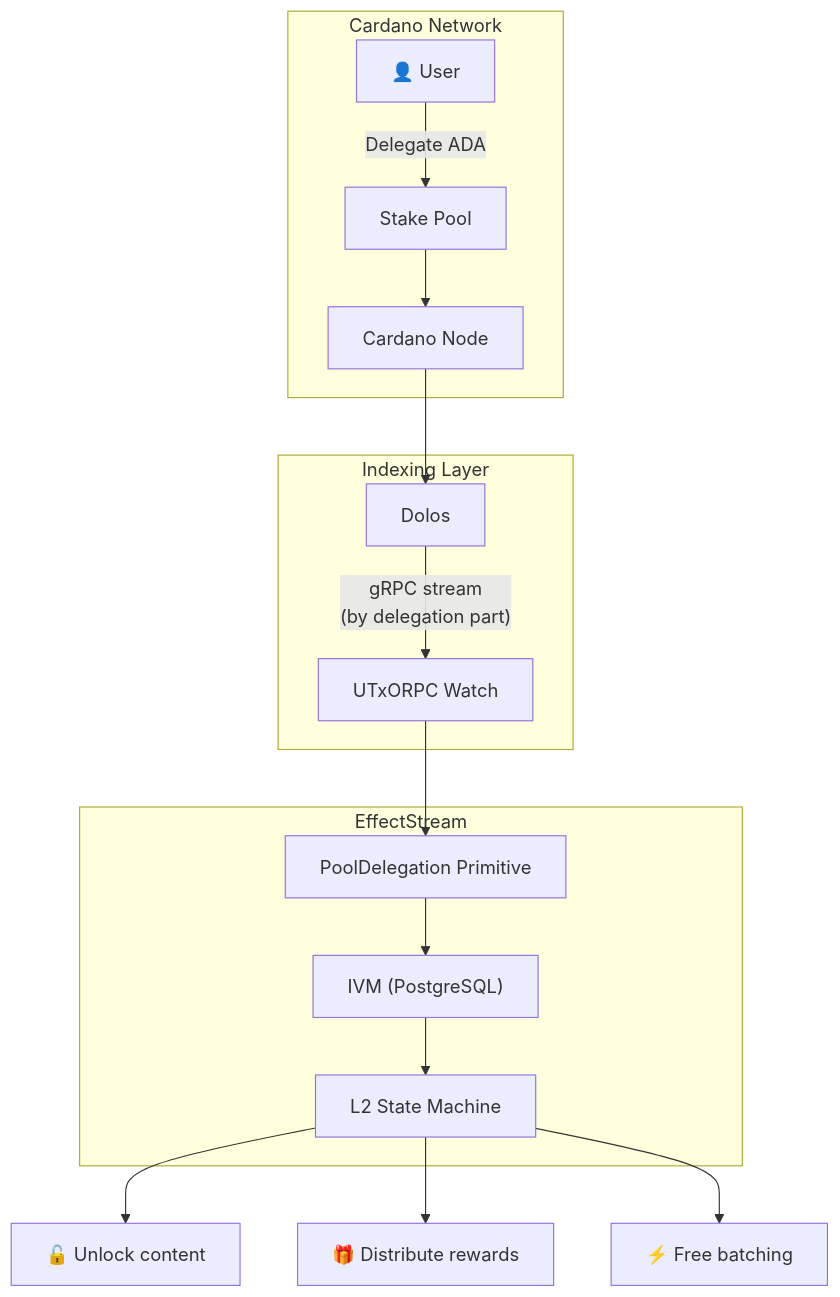
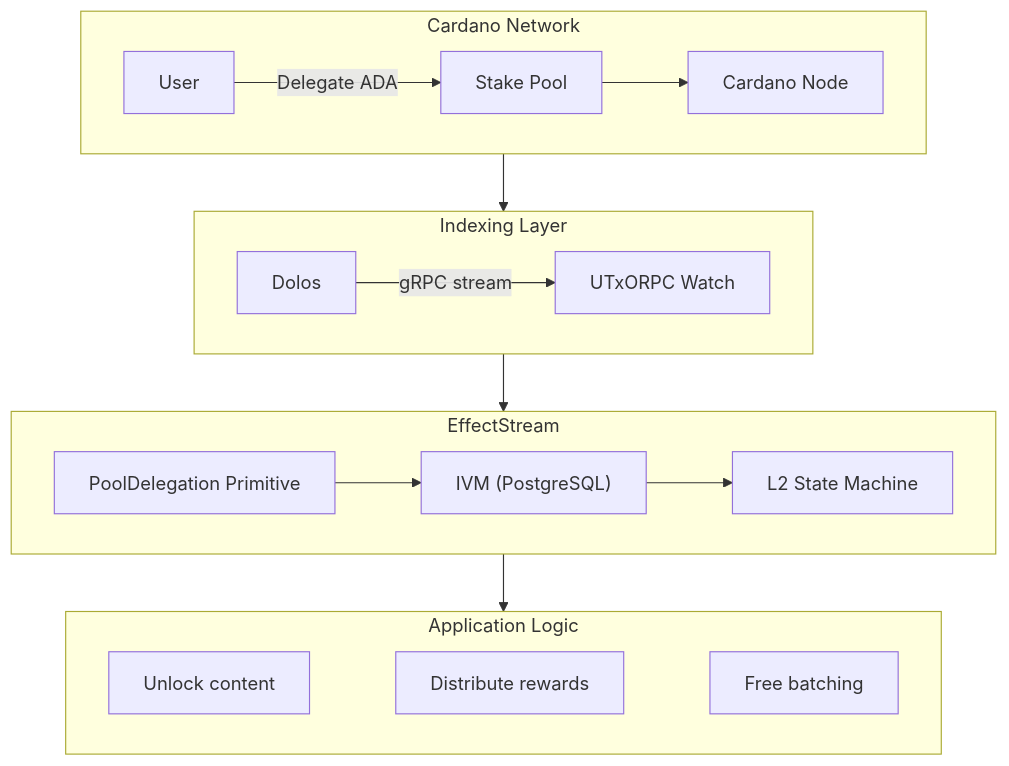
Before and after one commit to effectstream/effectstream: the diagram in docs/site/blog/2026-04-28-stakepool-delegation.md, drawn with Mermaid. The commit also changed other lines of this file and 14 other files, not shown here.

````diff
--- a/docs/site/blog/2026-04-28-stakepool-delegation.md
+++ b/docs/site/blog/2026-04-28-stakepool-delegation.md
@@ -12,22 +12,24 @@
 ```mermaid
 flowchart TB
-    subgraph "Cardano Network"
-        U["👤 User"] -->|"Delegate ADA"| SP["Stake Pool"]
-        SP --> CN[Cardano Node]
+    subgraph Cardano["Cardano Network"]
+        direction LR
+        U["User"] -->|"Delegate ADA"| SP["Stake Pool"] --> CN["Cardano Node"]
     end
 
-    subgraph "Indexing Layer"
-        CN --> Dolos
-        Dolos -->|"gRPC stream\n(by delegation part)"| W[UTxORPC Watch]
+    subgraph Indexing["Indexing Layer"]
+        direction LR
+        Dolos -->|"gRPC stream"| W["UTxORPC Watch"]
     end
 
-    subgraph "EffectStream"
-        W --> PD["PoolDelegation Primitive"]
-        PD --> IVM["IVM (PostgreSQL)"]
-        IVM --> SM["L2 State Machine"]
+    subgraph ES["EffectStream"]
+        direction LR
+        PD["PoolDelegation Primitive"] --> IVM["IVM (PostgreSQL)"] --> SM["L2 State Machine"]
     end
 
-    SM --> R1["🔓 Unlock content"]
-    SM --> R2["🎁 Distribute rewards"]
-    SM --> R3["⚡ Free batching"]
+    subgraph App["Application Logic"]
+        direction LR
+        R1["Unlock content"] ~~~ R2["Distribute rewards"] ~~~ R3["Free batching"]
+    end
+
+    Cardano --> Indexing --> ES --> App
 ```
````
